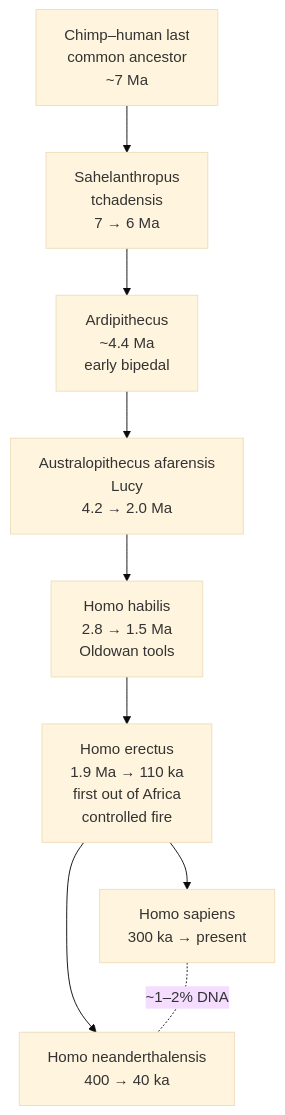
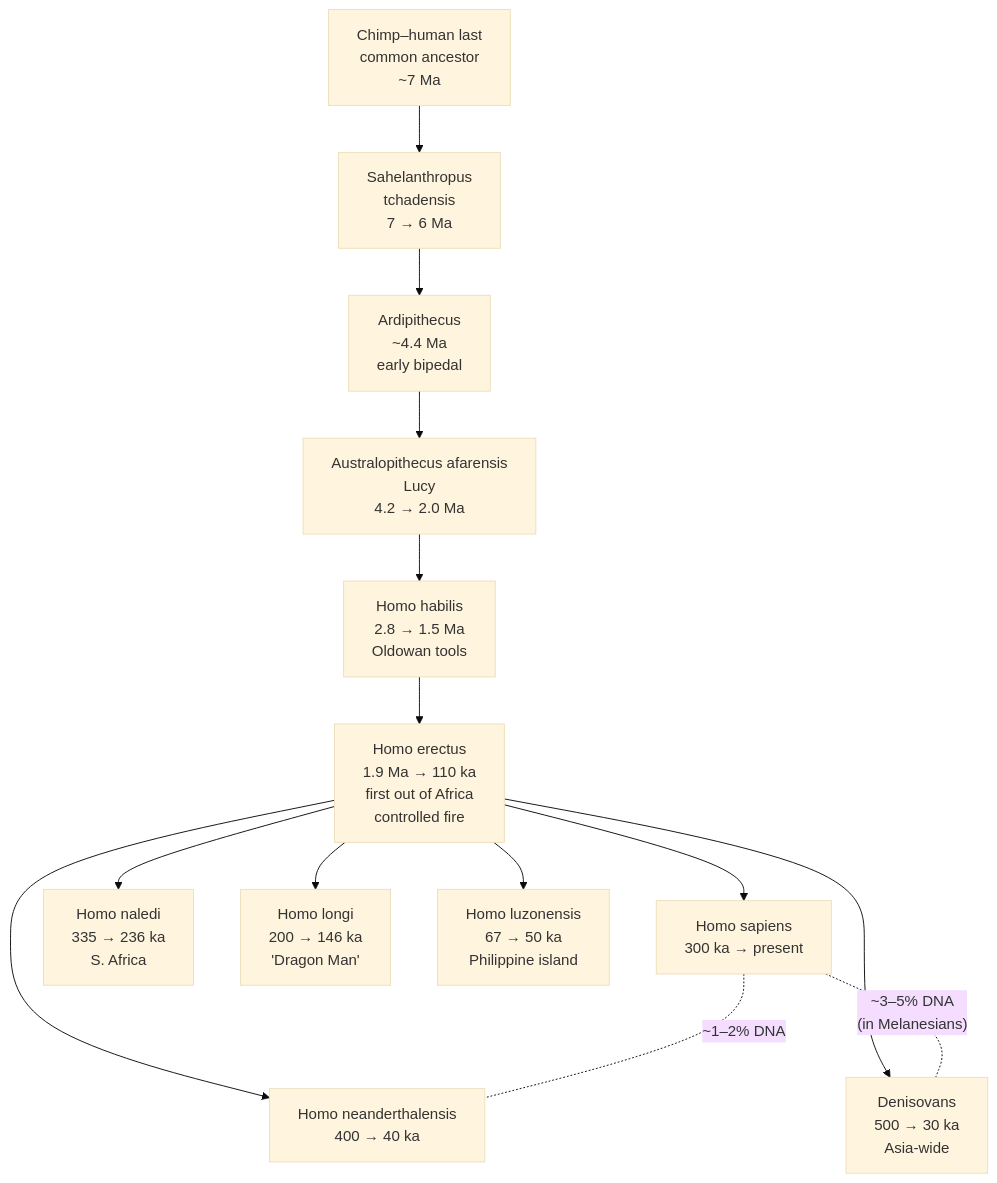
The diagram in docs/sequences/hominin.md (sonoransun/treelifebloom), drawn with Mermaid (base theme) before and after one commit. The commit also changed other lines of this file and 29 other files, not shown here.

````diff
--- a/docs/sequences/hominin.md
+++ b/docs/sequences/hominin.md
@@ -25,12 +25,17 @@
 ```mermaid
 graph TD
     CHLA["Chimp–human last<br/>common ancestor<br/>~7 Ma"]
     CHLA --> Sah["Sahelanthropus<br/>tchadensis<br/>7 → 6 Ma"]
     Sah --> Ard["Ardipithecus<br/>~4.4 Ma<br/>early bipedal"]
     Ard --> Aus["Australopithecus afarensis<br/>Lucy<br/>4.2 → 2.0 Ma"]
     Aus --> Hab["Homo habilis<br/>2.8 → 1.5 Ma<br/>Oldowan tools"]
     Hab --> Ere["Homo erectus<br/>1.9 Ma → 110 ka<br/>first out of Africa<br/>controlled fire"]
     Ere --> Nea["Homo neanderthalensis<br/>400 → 40 ka"]
+    Ere --> Den["Denisovans<br/>500 → 30 ka<br/>Asia-wide"]
     Ere --> Sap["Homo sapiens<br/>300 ka → present"]
+    Ere --> Nal["Homo naledi<br/>335 → 236 ka<br/>S. Africa"]
+    Ere --> Lon["Homo longi<br/>200 → 146 ka<br/>'Dragon Man'"]
+    Ere --> Luz["Homo luzonensis<br/>67 → 50 ka<br/>Philippine island"]
     Sap -. "~1–2% DNA" .- Nea
+    Sap -. "~3–5% DNA<br/>(in Melanesians)" .- Den
 ```
````
